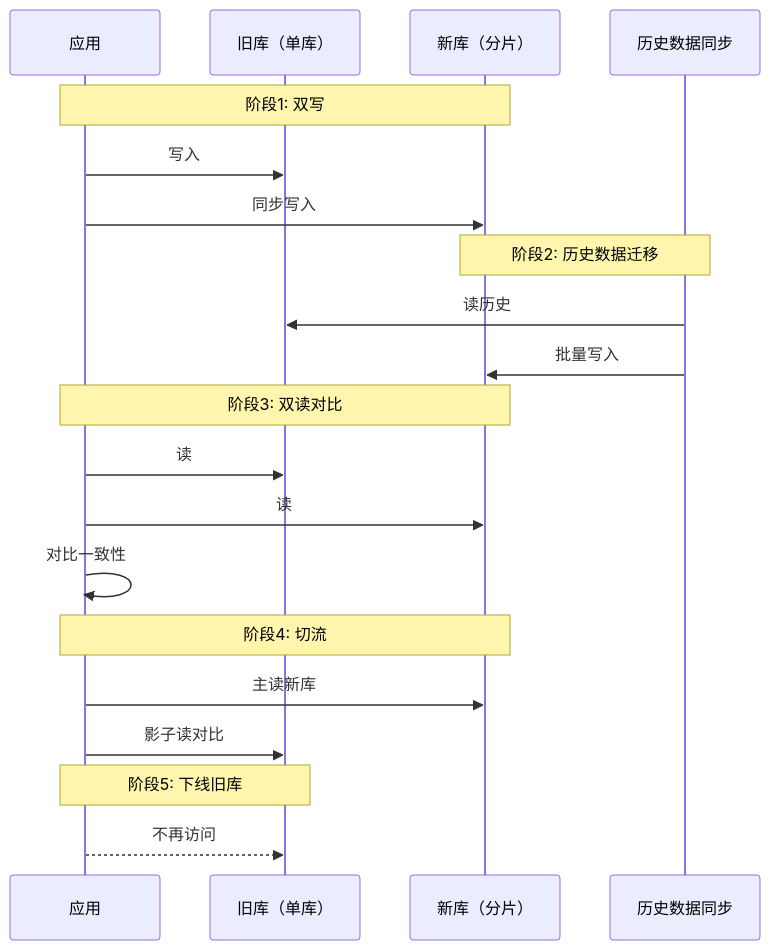
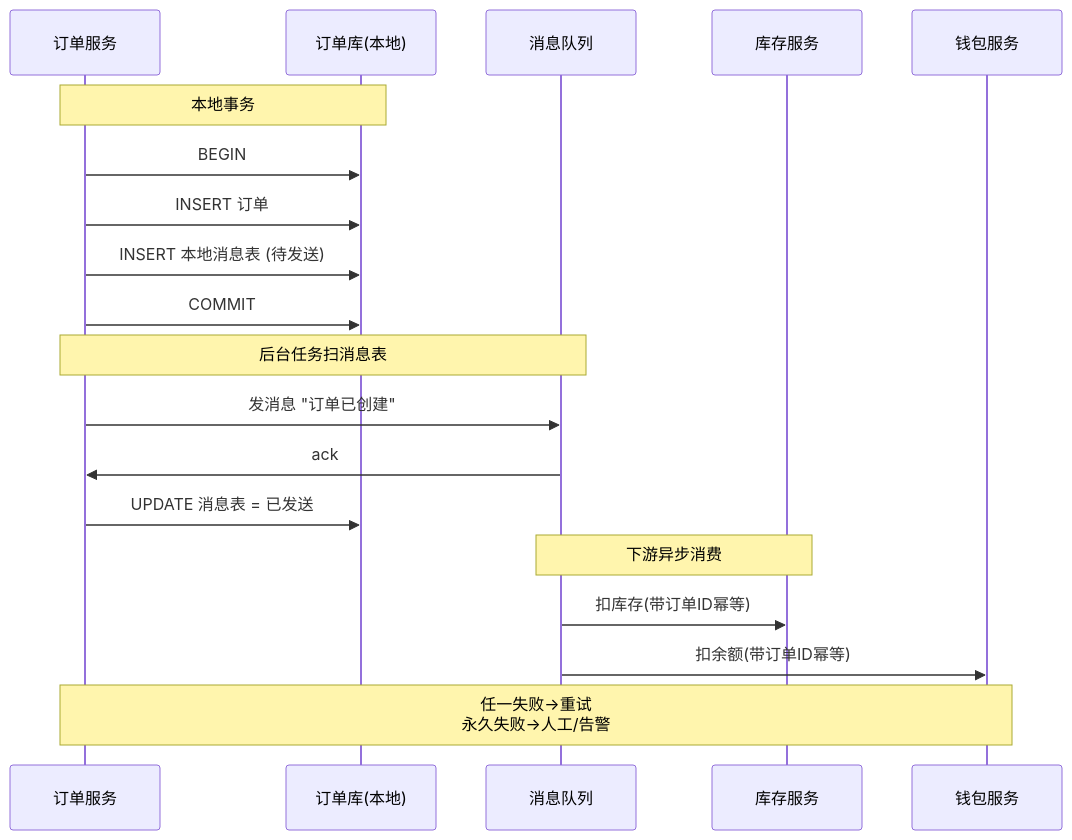
Before and after one commit to chongyang211/YCBookBlog: the fifth of 10 diagrams in docs/10.真经/05.方案设计思想/06.分库分表方案设计.md, drawn with Mermaid. The commit also changed other lines of this file and 36 other files, not shown here.

````diff
--- a/docs/10.真经/05.方案设计思想/06.分库分表方案设计.md
+++ b/docs/10.真经/05.方案设计思想/06.分库分表方案设计.md
@@ -450,27 +611,25 @@
 ```mermaid
 sequenceDiagram
-    participant App as 应用
-    participant Old as 旧库（单库）
-    participant New as 新库（分片）
-    participant Sync as 历史数据同步
+    participant App as 订单服务
+    participant DB as 订单库(本地)
+    participant MQ as 消息队列
+    participant Stock as 库存服务
+    participant Wallet as 钱包服务
     
-    Note over App,New: 阶段1: 双写
-    App->>Old: 写入
-    App->>New: 同步写入
+    Note over App,DB: 本地事务
+    App->>DB: BEGIN
+    App->>DB: INSERT 订单
+    App->>DB: INSERT 本地消息表 (待发送)
+    App->>DB: COMMIT
     
-    Note over Sync,New: 阶段2: 历史数据迁移
-    Sync->>Old: 读历史
-    Sync->>New: 批量写入
+    Note over App,MQ: 后台任务扫消息表
+    App->>MQ: 发消息 "订单已创建"
+    MQ->>App: ack
+    App->>DB: UPDATE 消息表 = 已发送
     
-    Note over App,New: 阶段3: 双读对比
-    App->>Old: 读
-    App->>New: 读
-    App->>App: 对比一致性
+    Note over MQ,Stock: 下游异步消费
+    MQ->>Stock: 扣库存(带订单ID幂等)
+    MQ->>Wallet: 扣余额(带订单ID幂等)
     
-    Note over App,New: 阶段4: 切流
-    App->>New: 主读新库
-    App->>Old: 影子读对比
-    
-    Note over App,Old: 阶段5: 下线旧库
-    App-->>Old: 不再访问
+    Note over App,Wallet: 任一失败→重试<br/>永久失败→人工/告警
 ```
````
